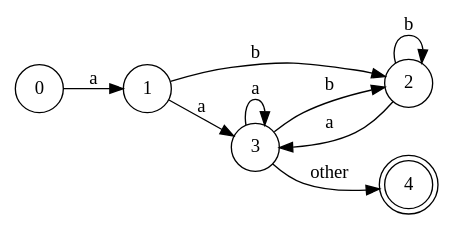
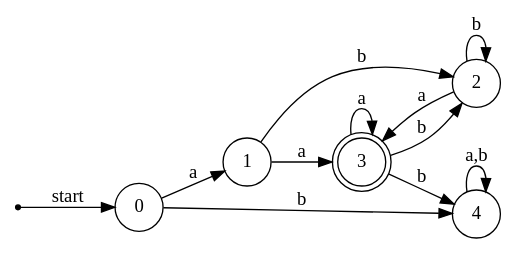
Before and after one commit to AdamChenNo1/Compilers-Principles-Techniques-and-Tools: the first of 7 diagrams in chatper-3.md, drawn with Graphviz. The commit also changed other lines of this file and 2 other files, not shown here.

````diff
--- a/chatper-3.md
+++ b/chatper-3.md
@@ -291,18 +291,22 @@
 ```graphviz
 digraph finite_state_machine {
     rankdir=LR;
     size="10,5"
 
-    node [shape = doublecircle]; 4;
+    node [shape = point]; i;
+    node [shape = doublecircle]; 3;
 
     node [shape = circle];
+    i -> 0 [ label = "start" ];
     0 -> 1 [ label = "a" ];
+    0 -> 4 [ label = "b" ];
     1 -> 2  [ label = "b" ];
     1 -> 3  [ label = "a" ];
     2 -> 2  [ label = "b" ];
     2 -> 3  [ label = "a" ];
     3 -> 3 [ label = "a" ];
     3 -> 2  [ label = "b" ];
-    3 -> 4 [ label = "other" ];
+    3 -> 4 [ label = "b" ];
+    4 -> 4 [ label = "a,b" ];
 }
 ```
````
